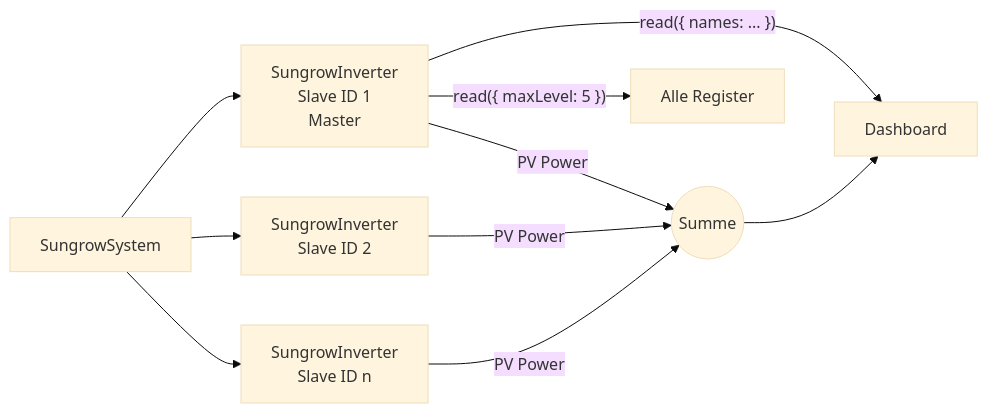
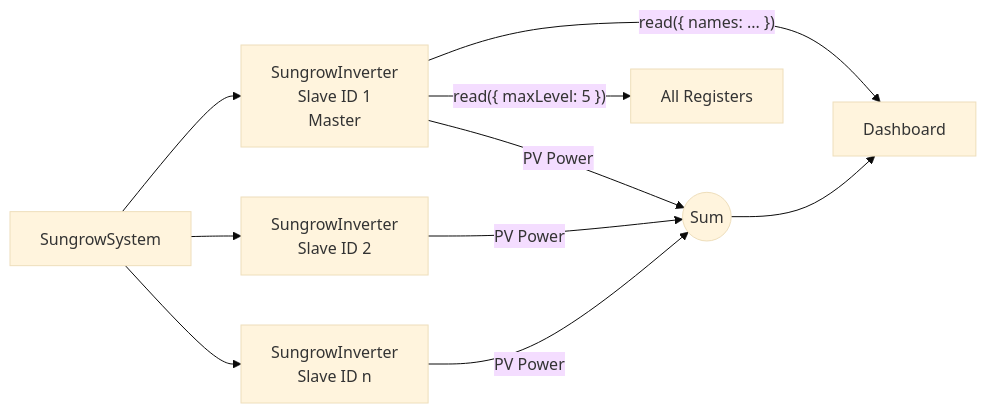
One commit to AlexanderLanin/sungrowlib changed diagram 11 of 12 in ARCHITECTURE.md. Above: the diagram before and after it, drawn with Mermaid (base theme). The commit also changed other lines of this file, not shown here.

Commit message:
docs: translate ARCHITECTURE.md from German to English

````diff
--- a/ARCHITECTURE.md
+++ b/ARCHITECTURE.md
@@ -513,14 +513,14 @@
 ```mermaid
 flowchart LR
     sys[SungrowSystem] --> master[SungrowInverter<br/>Slave ID 1<br/>Master]
     sys --> slave1[SungrowInverter<br/>Slave ID 2]
     sys --> slaveN[SungrowInverter<br/>Slave ID n]
 
     master -->|"read({ names: ... })"| dash[Dashboard]
-    master -->|PV Power| sum((Summe))
+    master -->|PV Power| sum((Sum))
     slave1 -->|PV Power| sum
     slaveN -->|PV Power| sum
     sum --> dash
 
-    master -->|"read({ maxLevel: 5 })"| ext[Alle Register]
+    master -->|"read({ maxLevel: 5 })"| ext[All Registers]
 ```
````
